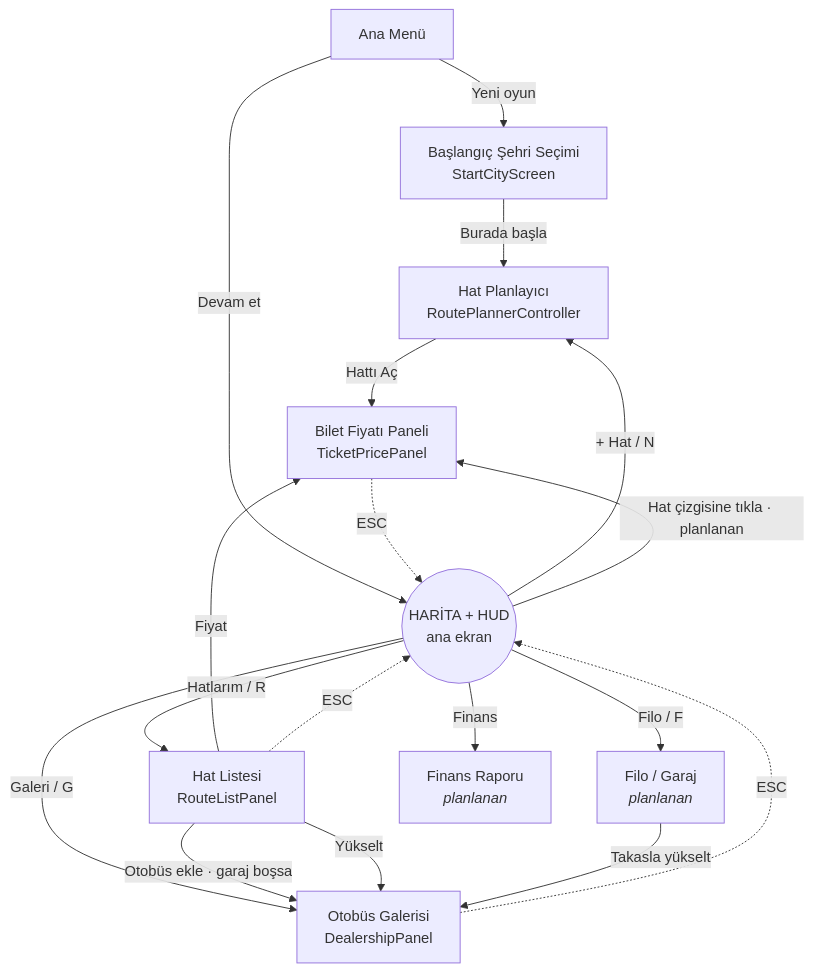
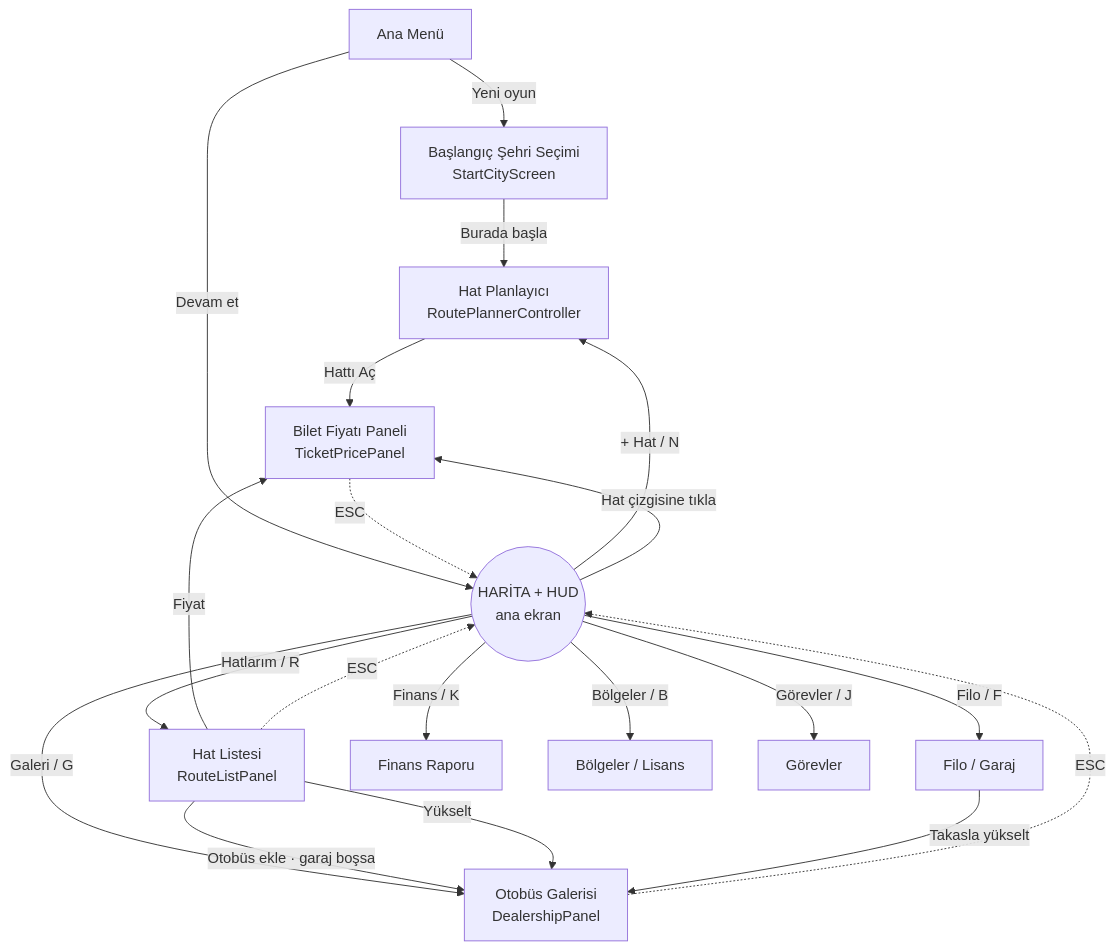
Before and after one commit to adhbabu/Bus-Tycoon-Game: the diagram in docs/04-UI-Akis-Plani.md, drawn with Mermaid. The commit also changed other lines of this file and 32 other files, not shown here.

````diff
--- a/docs/04-UI-Akis-Plani.md
+++ b/docs/04-UI-Akis-Plani.md
@@ -24,24 +24,26 @@
 ```mermaid
 flowchart TD
     MM[Ana Menü] -->|Yeni oyun| SC[Başlangıç Şehri Seçimi<br/>StartCityScreen]
     MM -->|Devam et| MAP
     SC -->|Burada başla| RP
 
     MAP((HARİTA + HUD<br/>ana ekran))
     MAP -->|"+ Hat" / N| RP[Hat Planlayıcı<br/>RoutePlannerController]
     MAP -->|"Hatlarım" / R| RL[Hat Listesi<br/>RouteListPanel]
     MAP -->|"Galeri" / G| DL[Otobüs Galerisi<br/>DealershipPanel]
-    MAP -->|Hat çizgisine tıkla · planlanan| PR
-    MAP -->|"Filo" / F| FL[Filo / Garaj<br/><i>planlanan</i>]
-    MAP -->|"Finans"| FN[Finans Raporu<br/><i>planlanan</i>]
+    MAP -->|Hat çizgisine tıkla| PR
+    MAP -->|"Filo" / F| FL[Filo / Garaj]
+    MAP -->|"Finans" / K| FN[Finans Raporu]
+    MAP -->|"Bölgeler" / B| RG[Bölgeler / Lisans]
+    MAP -->|"Görevler" / J| GL[Görevler]
 
     RP -->|Hattı Aç| PR[Bilet Fiyatı Paneli<br/>TicketPricePanel]
     RL -->|Fiyat| PR
     RL -->|"Otobüs ekle" · garaj boşsa| DL
     RL -->|"Yükselt"| DL
     FL -->|Takasla yükselt| DL
 
     PR -. ESC .-> MAP
     RL -. ESC .-> MAP
     DL -. ESC .-> MAP
 ```
````
